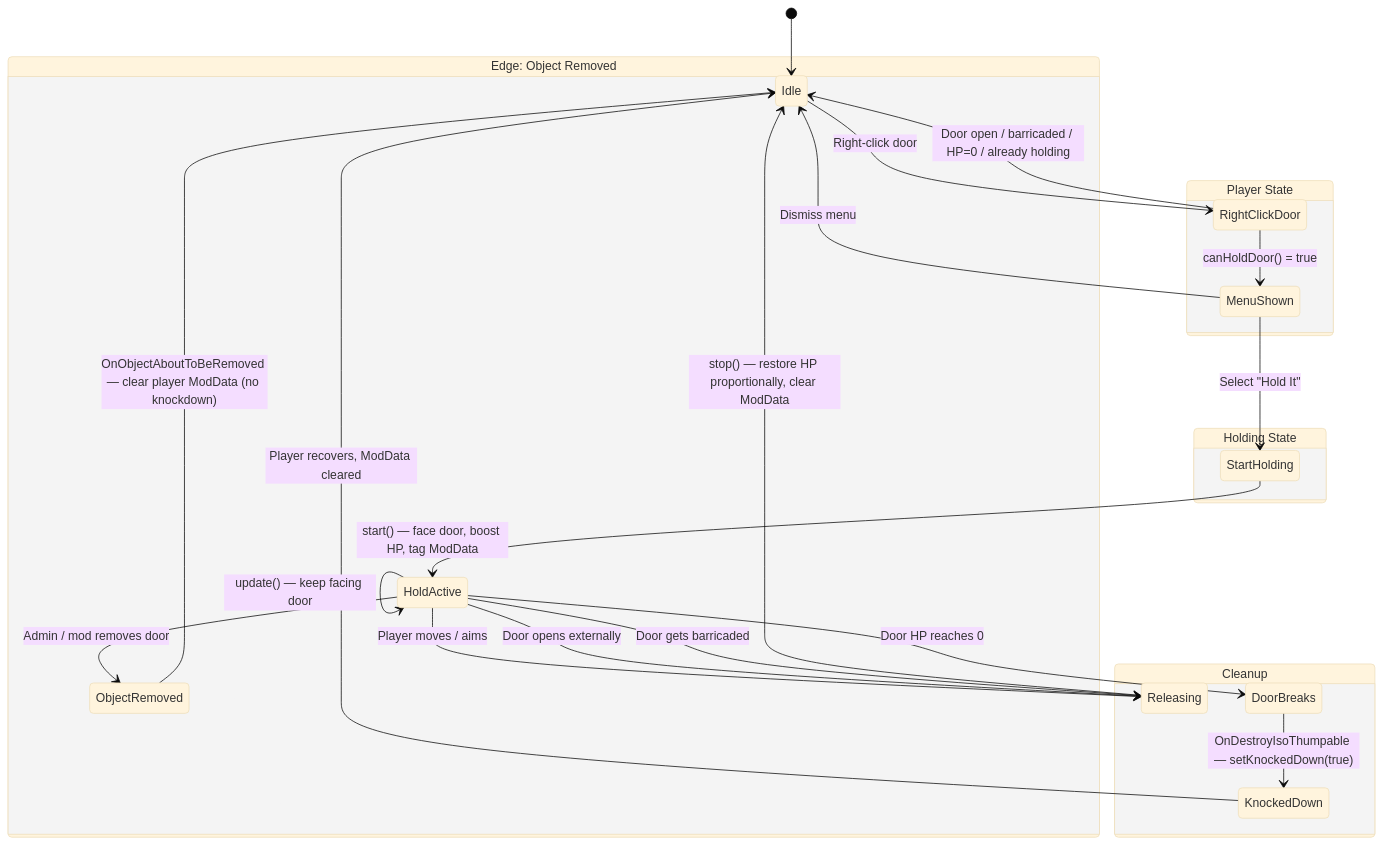
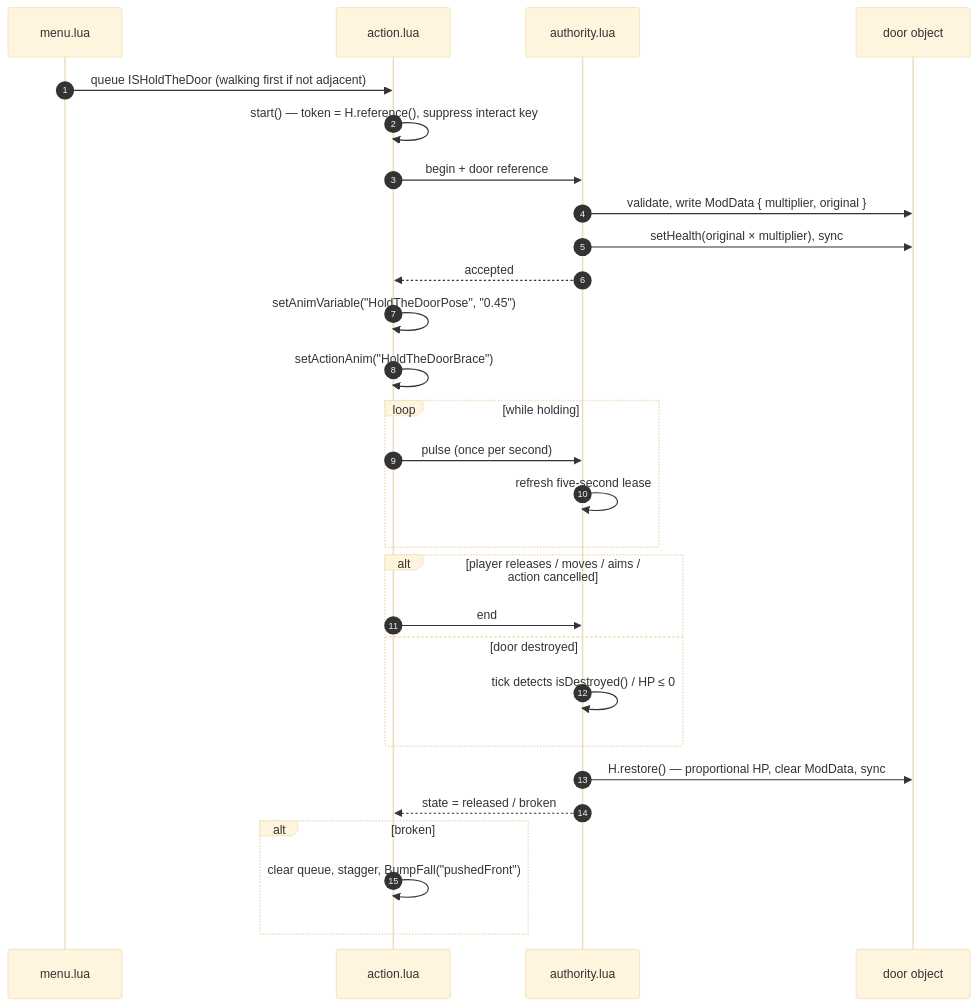
Before and after one commit to kolulu23/Zedema: the second of 3 diagrams in HoldTheDoor/README.md, drawn with Mermaid (base theme). The commit also changed other lines of this file and 16 other files, not shown here.

First line of the commit message:
tested and runnable `HoldTheDoor`. published

````diff
--- a/HoldTheDoor/README.md
+++ b/HoldTheDoor/README.md
@@ -22,32 +91,34 @@
 ```mermaid
-stateDiagram-v2
-    [*] --> Idle
+sequenceDiagram
+    autonumber
+    participant menu as menu.lua
+    participant act as action.lua
+    participant auth as authority.lua
+    participant door as door object
 
-    state "Player State" as PS {
-        Idle --> RightClickDoor: Right-click door
-        RightClickDoor --> Idle: Door open / barricaded / HP=0 / already holding
-        RightClickDoor --> MenuShown: canHoldDoor() = true
-        MenuShown --> Idle: Dismiss menu
-        MenuShown --> StartHolding: Select "Hold It"
-    }
+    menu->>act: queue ISHoldTheDoor (walking first if not adjacent)
+    act->>act: start() — token = H.reference(), suppress interact key
+    act->>auth: begin + door reference
+    auth->>door: validate, write ModData { multiplier, original }
+    auth->>door: setHealth(original × multiplier), sync
+    auth-->>act: accepted
+    act->>act: setAnimVariable("HoldTheDoorPose", "0.45")
+    act->>act: setActionAnim("HoldTheDoorBrace")
 
-    state "Holding State" as HS {
-        StartHolding --> HoldActive: start() — face door, boost HP, tag ModData
-        HoldActive --> HoldActive: update() — keep facing door
-        HoldActive --> Releasing: Player moves / aims
-        HoldActive --> Releasing: Door opens externally
-        HoldActive --> Releasing: Door gets barricaded
-        HoldActive --> DoorBreaks: Door HP reaches 0
-    }
+    loop while holding
+        act->>auth: pulse (once per second)
+        auth->>auth: refresh five-second lease
+    end
 
-    state "Cleanup" as CL {
-        Releasing --> Idle: stop() — restore HP proportionally, clear ModData
-        DoorBreaks --> KnockedDown: OnDestroyIsoThumpable — setKnockedDown(true)
-        KnockedDown --> Idle: Player recovers, ModData cleared
-    }
+    alt player releases / moves / aims / action cancelled
+        act->>auth: end
+    else door destroyed
+        auth->>auth: tick detects isDestroyed() / HP ≤ 0
+    end
 
-    state "Edge: Object Removed" as ER {
-        HoldActive --> ObjectRemoved: Admin / mod removes door
-        ObjectRemoved --> Idle: OnObjectAboutToBeRemoved — clear player ModData (no knockdown)
-    }
+    auth->>door: H.restore() — proportional HP, clear ModData, sync
+    auth-->>act: state = released / broken
+    alt broken
+        act->>act: clear queue, stagger, BumpFall("pushedFront")
+    end
 ```
````
